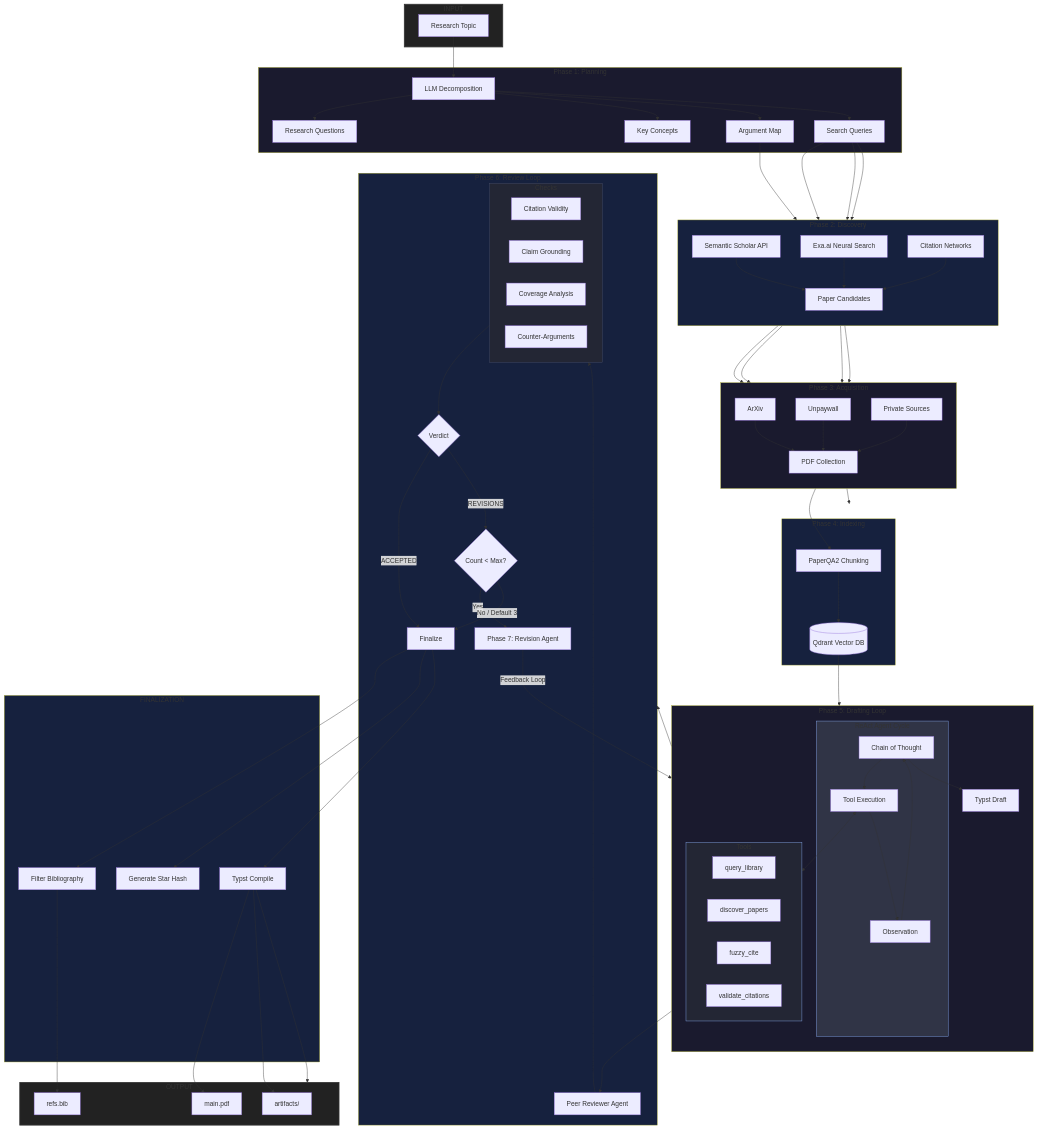
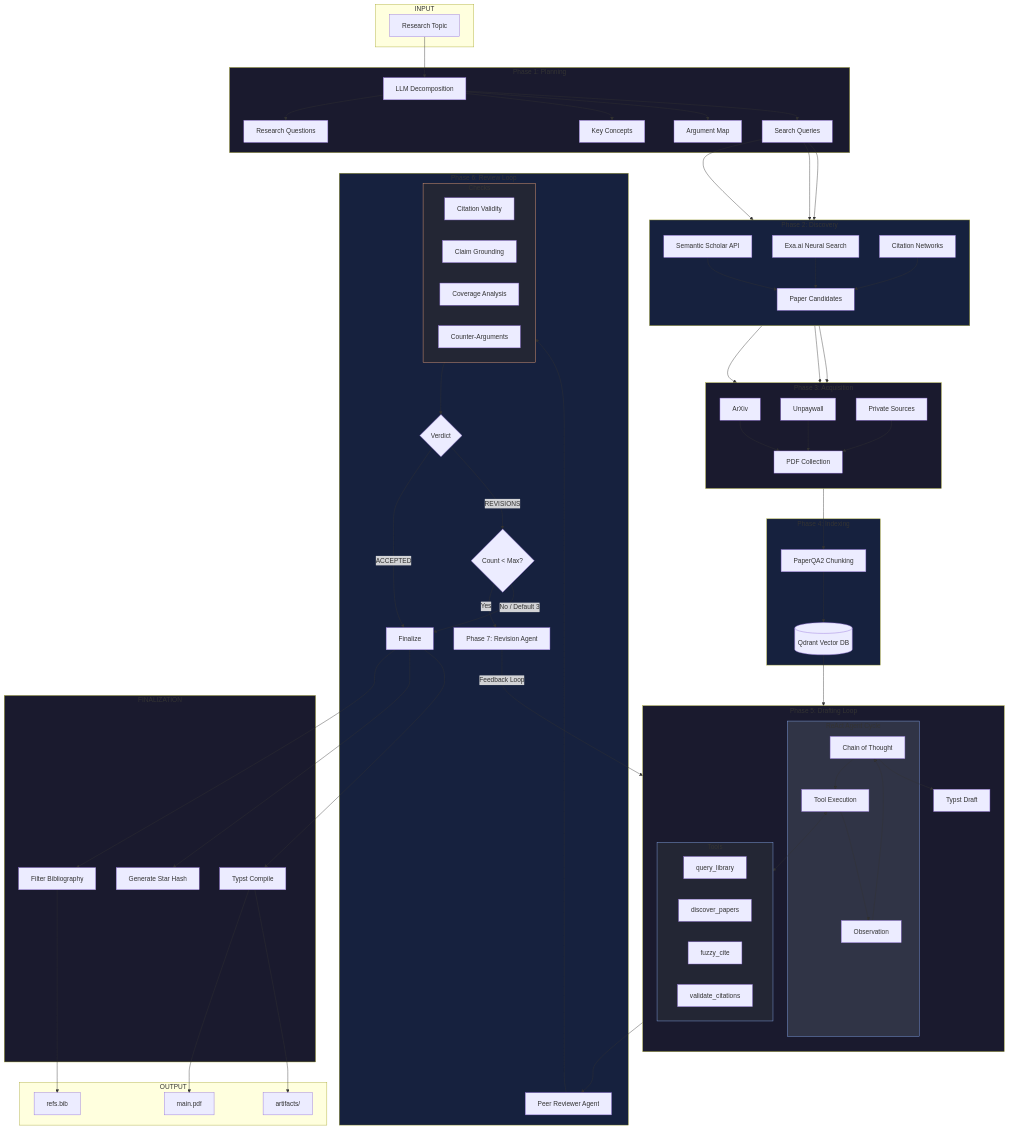
Before and after one commit to gbrlpzz/research-agent-cli: the diagram in README.md, drawn with Mermaid.

Commit message:
docs: clean up Mermaid diagram - remove redundant links, fix style syntax

````diff
--- a/README.md
+++ b/README.md
@@ -110,23 +110,16 @@
     end
 
     Topic --> Plan
-    ArgMap --> DISCOVERY
-    Papers --> ACQUISITION
-    PDFs --> INDEXING
     Qdrant --> ReAct
-    Draft --> REVIEW
-    Compile --> OUTPUT
 
-    style INPUT fill:#222,stroke:#333,stroke-width:2px
     style PLANNING fill:#1a1a2e
     style DISCOVERY fill:#16213e
     style ACQUISITION fill:#1a1a2e
     style INDEXING fill:#16213e
     style DRAFTING fill:#1a1a2e
     style REVIEW fill:#16213e
-    style FINALIZATION fill:#16213e
-    style OUTPUT fill:#222,stroke:#333,stroke-width:2px
+    style FINALIZATION fill:#1a1a2e
     style ReAct fill:#303446,stroke:#8aadf4
     style Tools fill:#232634,stroke:#8aadf4
-    style Checks fill:#232634,stroke:#f5a97f,stroke:#4a4e69
+    style Checks fill:#232634,stroke:#f5a97f
 ```
````
